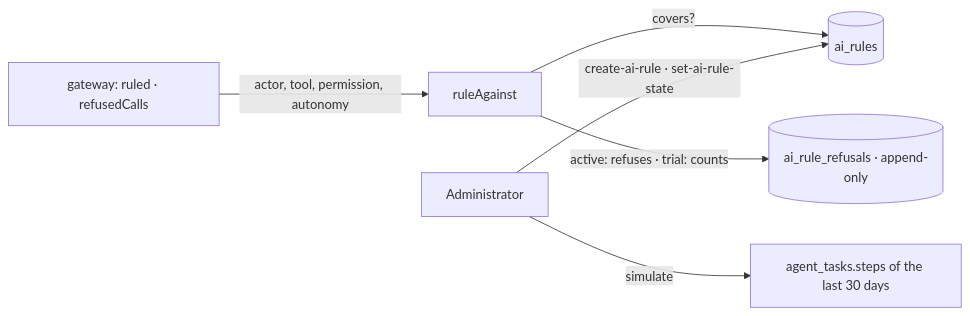
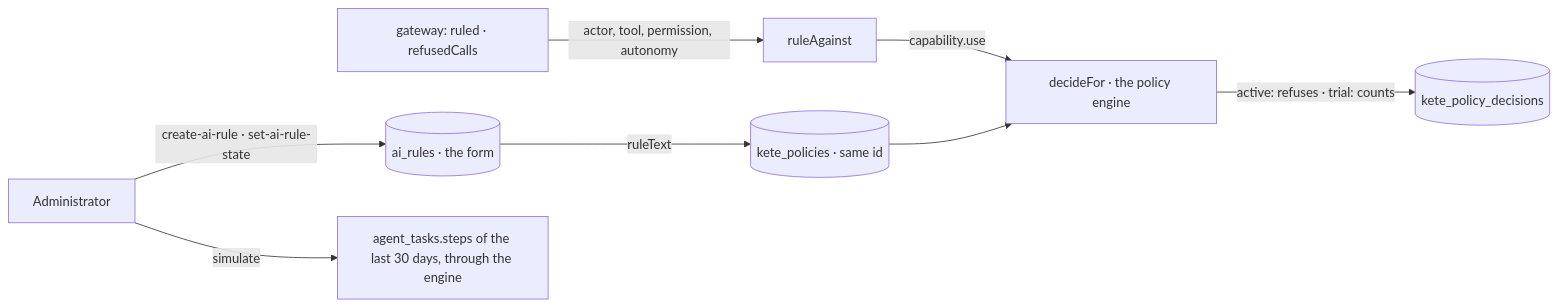
One commit to kete-africa/kete-enterprise changed the diagram in apps/api/src/features/rules/README.md. Above: the diagram before and after it, drawn with Mermaid. The commit also changed other lines of this file and 30 other files, not shown here.

First line of the commit message:
feat(policies): one policy engine at the gesture — rules and circuits melt into it (spec 088)

````diff
--- a/apps/api/src/features/rules/README.md
+++ b/apps/api/src/features/rules/README.md
@@ -5,8 +9,10 @@
 ```mermaid
 flowchart LR
   G[gateway: ruled · refusedCalls] -->|actor, tool, permission, autonomy| R[ruleAgainst]
-  R -->|covers?| L[(ai_rules)]
-  R -->|active: refuses · trial: counts| J[(ai_rule_refusals · append-only)]
-  A[Administrator] -->|create-ai-rule · set-ai-rule-state| L
-  A -->|simulate| S[agent_tasks.steps of the last 30 days]
+  R -->|capability.use| E[decideFor · the policy engine]
+  E -->|active: refuses · trial: counts| J[(kete_policy_decisions)]
+  A[Administrator] -->|create-ai-rule · set-ai-rule-state| L[(ai_rules · the form)]
+  L -->|ruleText| V[(kete_policies · same id)]
+  V --> E
+  A -->|simulate| S[agent_tasks.steps of the last 30 days, through the engine]
 ```
````
